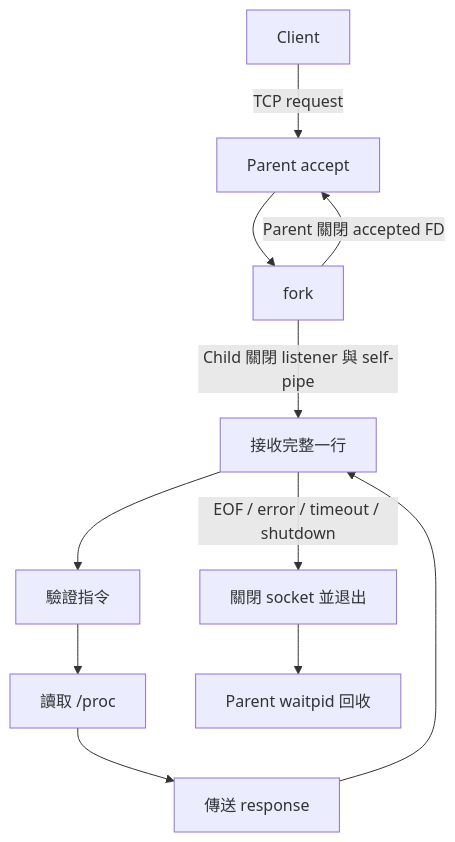
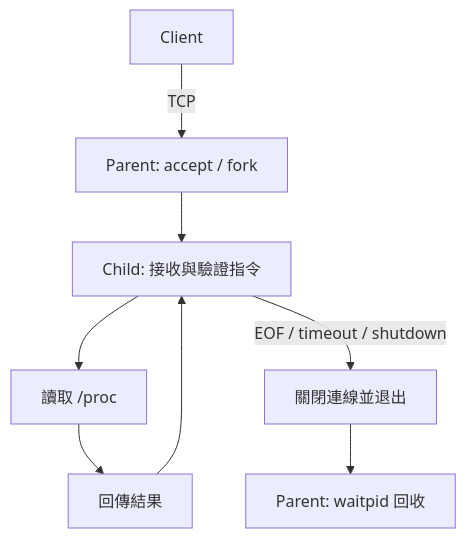
The diagram in docs/design.md (ColinNewmann/Linux-system-monitor), drawn with Mermaid before and after one commit. The commit also changed other lines of this file and 4 other files, not shown here.

````diff
--- a/docs/design.md
+++ b/docs/design.md
@@ -9,13 +7,10 @@
 ```mermaid
 flowchart TD
-    C[Client] -->|TCP request| P[Parent accept]
-    P --> F[fork]
-    F -->|Parent 關閉 accepted FD| P
-    F -->|Child 關閉 listener 與 self-pipe| R[接收完整一行]
-    R --> V[驗證指令]
-    V --> S[讀取 /proc]
-    S --> W[傳送 response]
-    W --> R
-    R -->|EOF / error / timeout / shutdown| E[關閉 socket 並退出]
-    E --> Q[Parent waitpid 回收]
+    C[Client] -->|TCP| P[Parent: accept / fork]
+    P --> H[Child: 接收與驗證指令]
+    H --> S[讀取 /proc]
+    S --> R[回傳結果]
+    R --> H
+    H -->|EOF / timeout / shutdown| E[關閉連線並退出]
+    E --> W[Parent: waitpid 回收]
 ```
````
